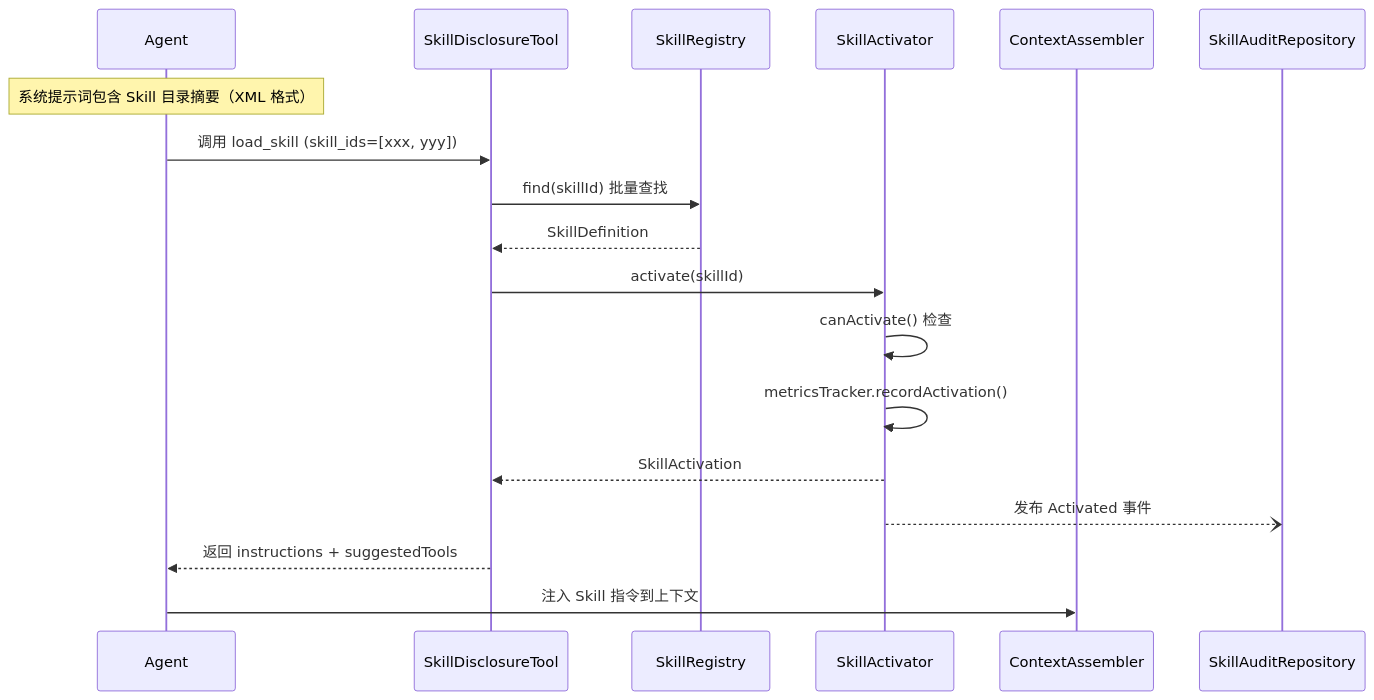
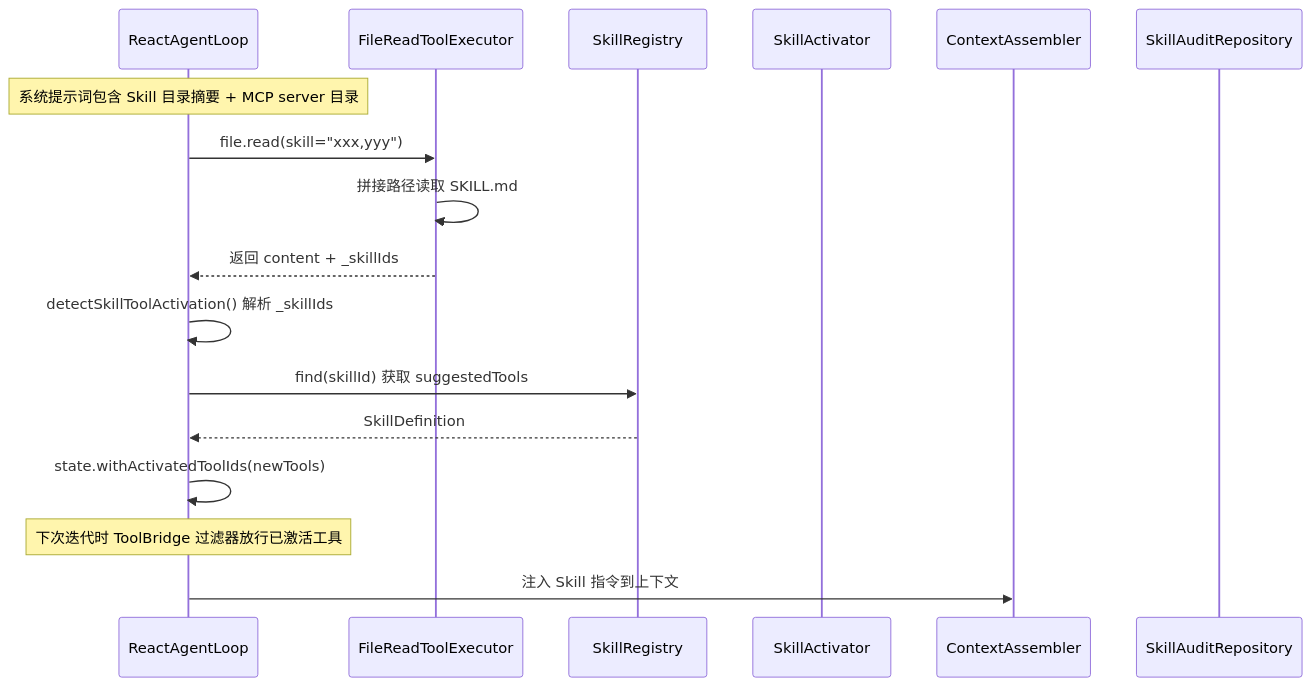
One commit to ntygod/LifePilot changed the second of 4 diagrams in docs/architecture/skill-system.md. Above: the diagram before and after it, drawn with Mermaid. The commit also changed other lines of this file and 85 other files, not shown here.

First line of the commit message:
refactor(skill): 分层工具注入 — 核心工具常驻 + Skill/MCP 按需激活 + 全量优化

````diff
--- a/docs/architecture/skill-system.md
+++ b/docs/architecture/skill-system.md
@@ -167,21 +166,20 @@
 ```mermaid
 sequenceDiagram
-    participant Agent as Agent
-    participant SDT as SkillDisclosureTool
+    participant Agent as ReactAgentLoop
+    participant FR as FileReadToolExecutor
     participant SR as SkillRegistry
     participant SA as SkillActivator
     participant CA as ContextAssembler
     participant Audit as SkillAuditRepository
 
-    Note over Agent: 系统提示词包含 Skill 目录摘要（XML 格式）
-    Agent->>SDT: 调用 load_skill (skill_ids=[xxx, yyy])
-    SDT->>SR: find(skillId) 批量查找
-    SR-->>SDT: SkillDefinition
-    SDT->>SA: activate(skillId)
-    SA->>SA: canActivate() 检查
-    SA->>SA: metricsTracker.recordActivation()
-    SA-->>SDT: SkillActivation
-    SA--)Audit: 发布 Activated 事件
-    SDT-->>Agent: 返回 instructions + suggestedTools
+    Note over Agent: 系统提示词包含 Skill 目录摘要 + MCP server 目录
+    Agent->>FR: file.read(skill="xxx,yyy")
+    FR->>FR: 拼接路径读取 SKILL.md
+    FR-->>Agent: 返回 content + _skillIds
+    Agent->>Agent: detectSkillToolActivation() 解析 _skillIds
+    Agent->>SR: find(skillId) 获取 suggestedTools
+    SR-->>Agent: SkillDefinition
+    Agent->>Agent: state.withActivatedToolIds(newTools)
+    Note over Agent: 下次迭代时 ToolBridge 过滤器放行已激活工具
     Agent->>CA: 注入 Skill 指令到上下文
 ```
````
